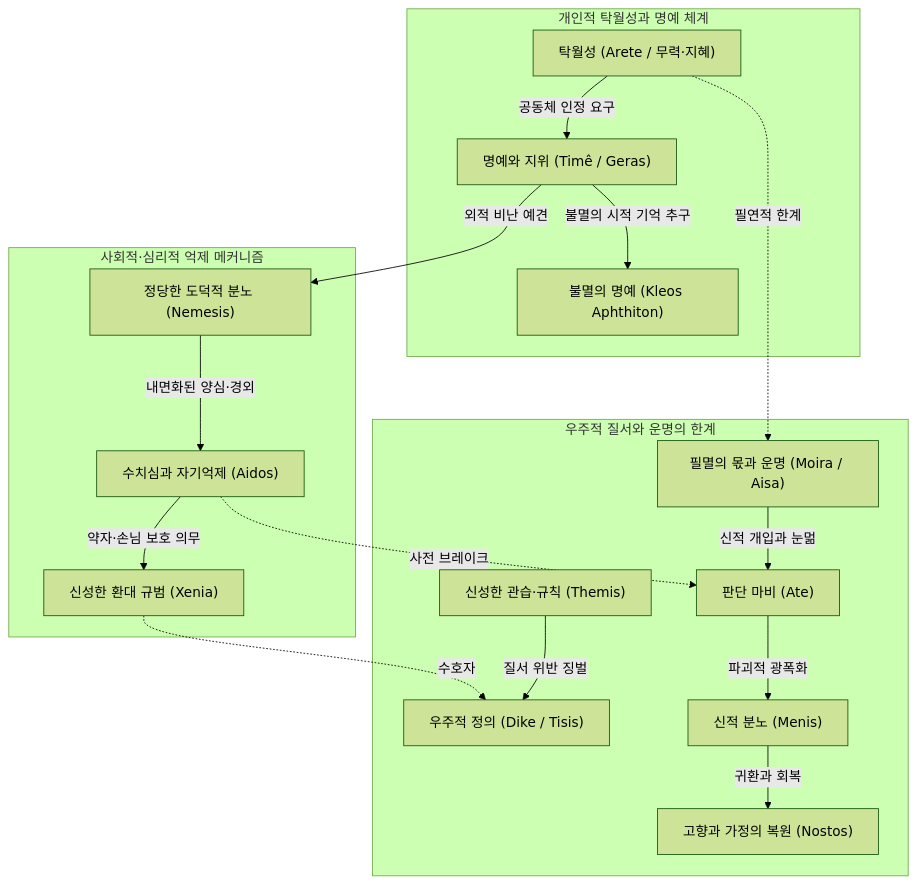
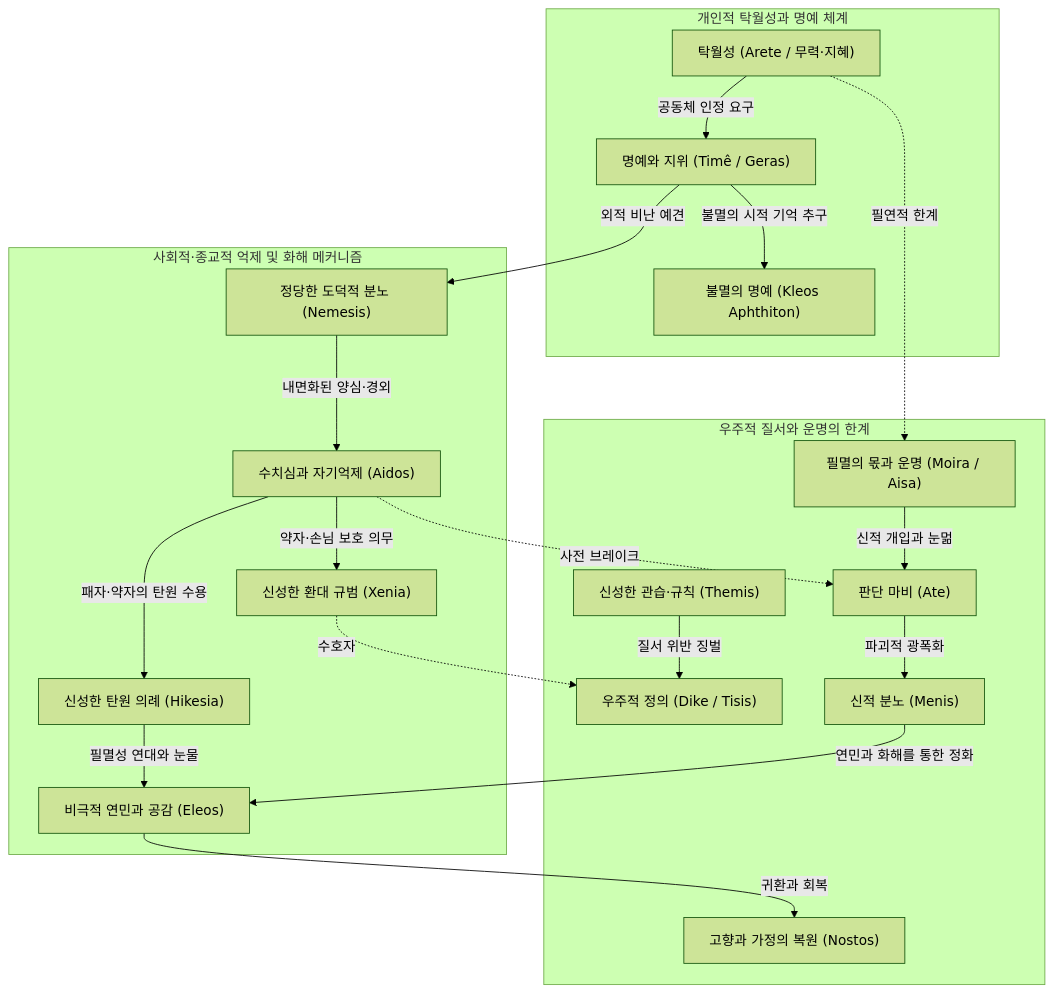
Before and after one commit to YgHnSIM/Homer_wiki: the second of 3 diagrams in wiki/analyses/homeric-ethics-literature-review.md, drawn with Mermaid (forest theme). The commit also changed other lines of this file, not shown here.

````diff
--- a/wiki/analyses/homeric-ethics-literature-review.md
+++ b/wiki/analyses/homeric-ethics-literature-review.md
@@ -118,24 +195,27 @@
 ```mermaid
 graph TD
     subgraph "개인적 탁월성과 명예 체계"
         A["탁월성 (Arete / 무력·지혜)"] -->|공동체 인정 요구| B["명예와 지위 (Timê / Geras)"]
         B -->|불멸의 시적 기억 추구| C["불멸의 명예 (Kleos Aphthiton)"]
     end
 
-    subgraph "사회적·심리적 억제 메커니즘"
+    subgraph "사회적·종교적 억제 및 화해 메커니즘"
         B -->|외적 비난 예견| D["정당한 도덕적 분노 (Nemesis)"]
         D -->|내면화된 양심·경외| E["수치심과 자기억제 (Aidos)"]
         E -->|약자·손님 보호 의무| F["신성한 환대 규범 (Xenia)"]
+        E -->|패자·약자의 탄원 수용| M["신성한 탄원 의례 (Hikesia)"]
+        M -->|필멸성 연대와 눈물| N["비극적 연민과 공감 (Eleos)"]
     end
 
     subgraph "우주적 질서와 운명의 한계"
         G["신성한 관습·규칙 (Themis)"] -->|질서 위반 징벌| H["우주적 정의 (Dike / Tisis)"]
         I["필멸의 몫과 운명 (Moira / Aisa)"] -->|신적 개입과 눈멂| J["판단 마비 (Ate)"]
         J -->|파괴적 광폭화| K["신적 분노 (Menis)"]
-        K -->|귀환과 회복| L["고향과 가정의 복원 (Nostos)"]
+        K -->|연민과 화해를 통한 정화| N
+        N -->|귀환과 회복| L["고향과 가정의 복원 (Nostos)"]
     end
 
     E -.->|사전 브레이크| J
     F -.->|수호자| H
     A -.->|필연적 한계| I
 ```
````
